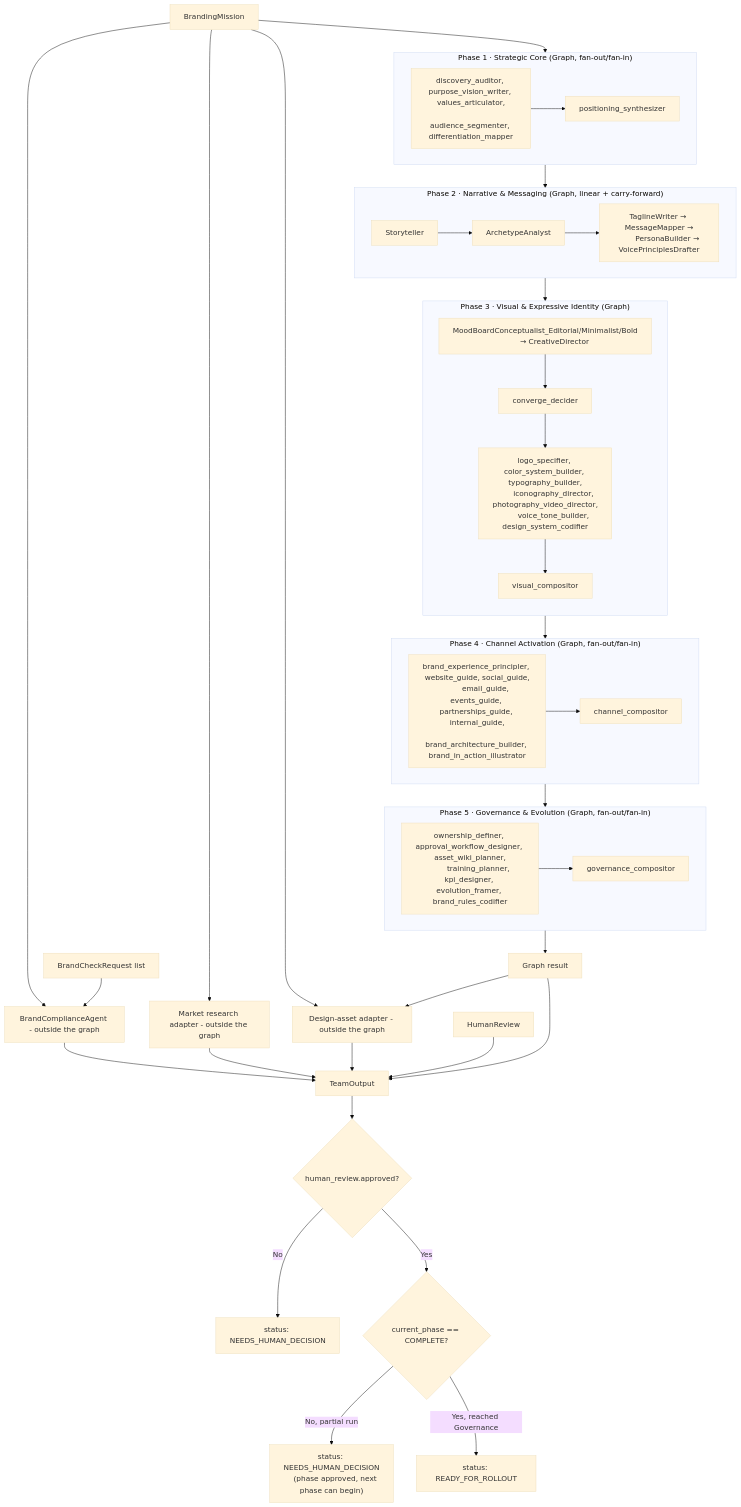
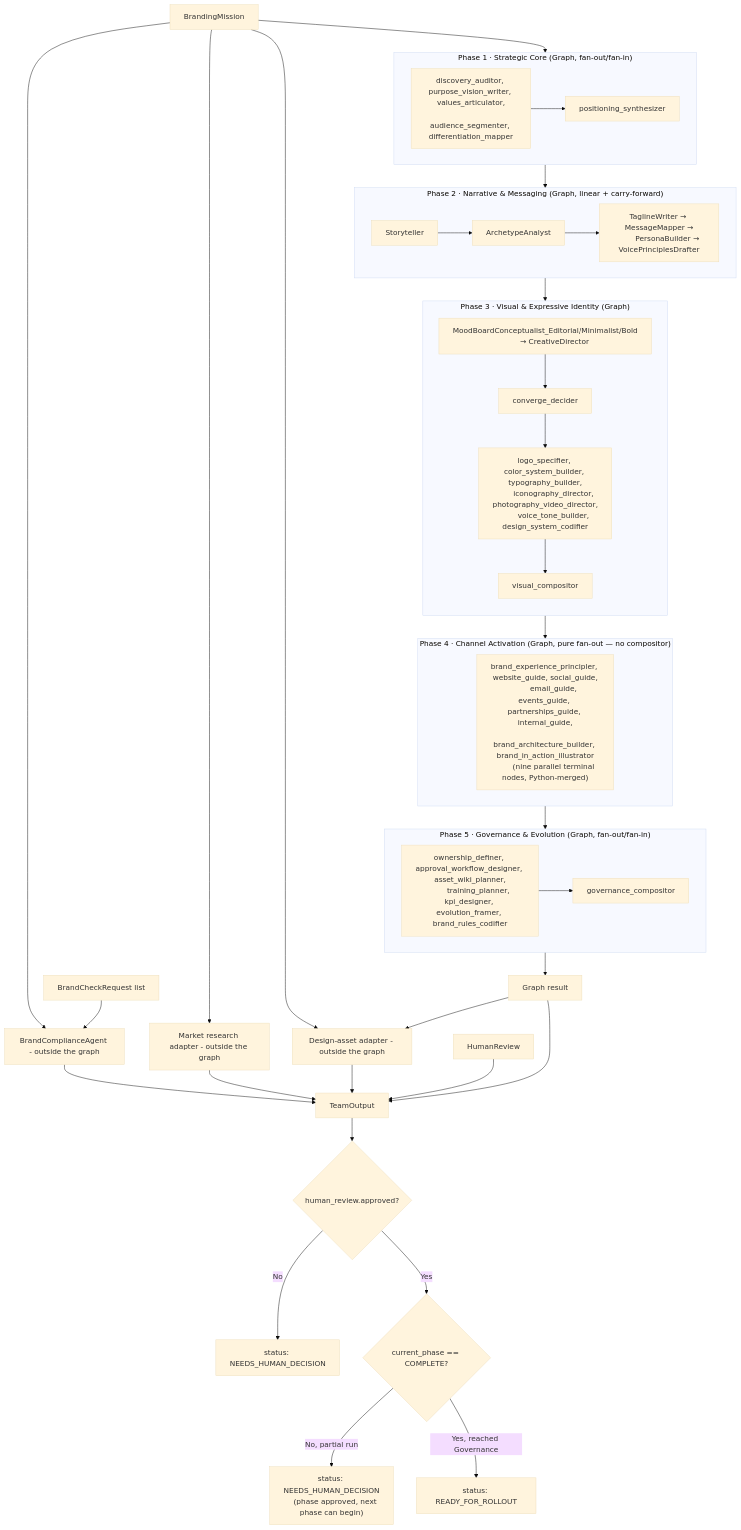
Before and after one commit to brandonkindred/Khala-Agentic-AI-Teams: the first of 3 diagrams in backend/agents/branding_team/README.md, drawn with Mermaid (base theme). The commit also changed other lines of this file and 4 other files, not shown here.

First line of the commit message:
Remove channel_compositor and rewire Phase-4 fan-out to Python merge

````diff
--- a/backend/agents/branding_team/README.md
+++ b/backend/agents/branding_team/README.md
@@ -41,69 +41,70 @@
 ```mermaid
 flowchart TB
     Mission[BrandingMission] --> P1
 
     subgraph P1 ["Phase 1 · Strategic Core (Graph, fan-out/fan-in)"]
         direction LR
         P1nodes["discovery_auditor, purpose_vision_writer, values_articulator,
         audience_segmenter, differentiation_mapper"] --> P1join[positioning_synthesizer]
     end
 
     P1 --> P2
 
     subgraph P2 ["Phase 2 · Narrative & Messaging (Graph, linear + carry-forward)"]
         direction LR
         P2a[Storyteller] --> P2b[ArchetypeAnalyst]
         P2b --> P2rest["TaglineWriter → MessageMapper →
         PersonaBuilder → VoicePrinciplesDrafter"]
     end
 
     P2 --> P3
 
     subgraph P3 ["Phase 3 · Visual & Expressive Identity (Graph)"]
         direction TB
         P3diverge["MoodBoardConceptualist_Editorial/Minimalist/Bold
         → CreativeDirector"] --> P3conv[converge_decider]
         P3conv --> P3fan["logo_specifier, color_system_builder, typography_builder,
         iconography_director, photography_video_director,
         voice_tone_builder, design_system_codifier"]
         P3fan --> P3comp[visual_compositor]
     end
 
     P3 --> P4
 
-    subgraph P4 ["Phase 4 · Channel Activation (Graph, fan-out/fan-in)"]
+    subgraph P4 ["Phase 4 · Channel Activation (Graph, pure fan-out — no compositor)"]
         direction LR
         P4nodes["brand_experience_principler, website_guide, social_guide,
         email_guide, events_guide, partnerships_guide, internal_guide,
-        brand_architecture_builder, brand_in_action_illustrator"] --> P4join[channel_compositor]
+        brand_architecture_builder, brand_in_action_illustrator
+        (nine parallel terminal nodes, Python-merged)"]
     end
 
     P4 --> P5
 
     subgraph P5 ["Phase 5 · Governance & Evolution (Graph, fan-out/fan-in)"]
         direction LR
         P5nodes["ownership_definer, approval_workflow_designer, asset_wiki_planner,
         training_planner, kpi_designer, evolution_framer, brand_rules_codifier"] --> P5join[governance_compositor]
     end
 
     P5 --> GraphResult[Graph result]
 
     Mission --> Compliance[BrandComplianceAgent - outside the graph]
     BrandChecks[BrandCheckRequest list] --> Compliance
     Mission --> MarketResearch[Market research adapter - outside the graph]
     Mission --> DesignAssets[Design-asset adapter - outside the graph]
     GraphResult --> DesignAssets
 
     GraphResult --> TeamOutput[TeamOutput]
     Compliance --> TeamOutput
     MarketResearch --> TeamOutput
     DesignAssets --> TeamOutput
     HumanReview[HumanReview] --> TeamOutput
 
     TeamOutput --> Approved{human_review.approved?}
     Approved -->|No| NeedsHuman[status: NEEDS_HUMAN_DECISION]
     Approved -->|Yes| Complete{current_phase == COMPLETE?}
     Complete -->|No, partial run| PhaseApproved["status: NEEDS_HUMAN_DECISION
     (phase approved, next phase can begin)"]
     Complete -->|Yes, reached Governance| Ready[status: READY_FOR_ROLLOUT]
 ```
````
